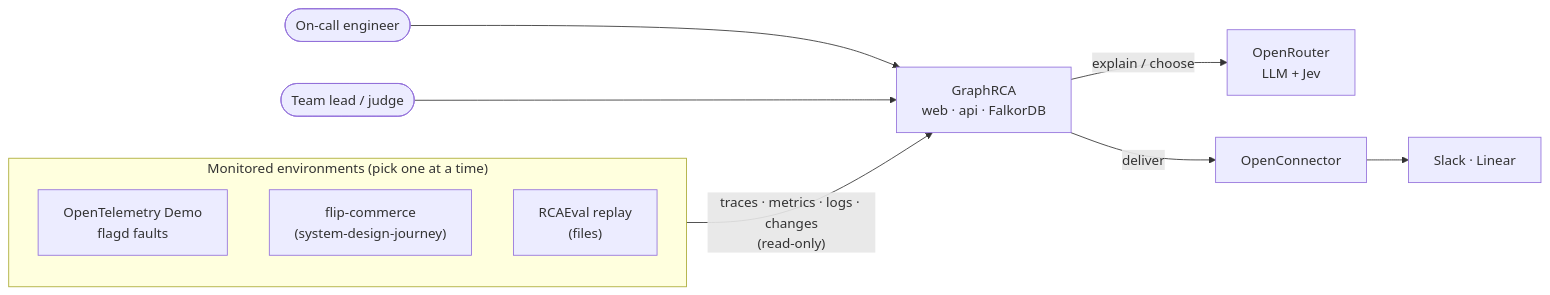
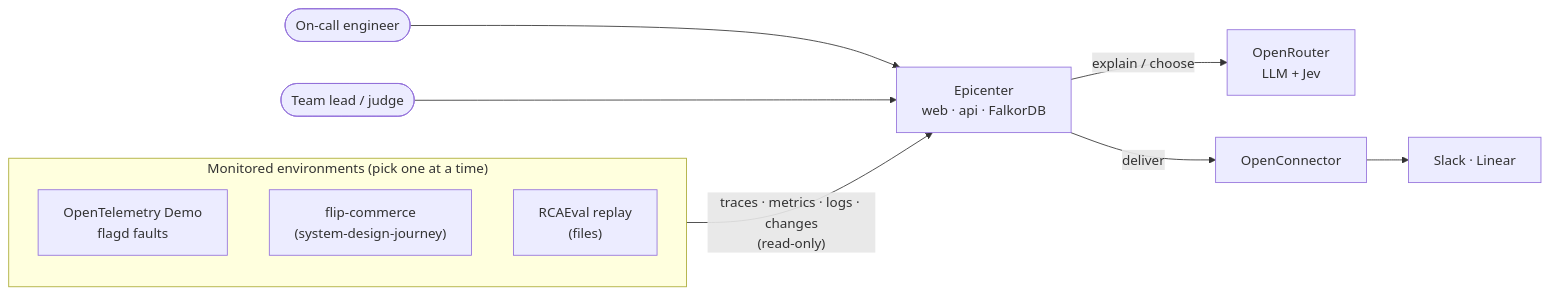
One commit to Prateek1771/epicenter changed the first of 2 diagrams in ARCHITECTURE.md. Above: the diagram before and after it, drawn with Mermaid. The commit also changed other lines of this file and 11 other files, not shown here.

````diff
--- a/ARCHITECTURE.md
+++ b/ARCHITECTURE.md
@@ -96,22 +96,22 @@
 ```mermaid
 flowchart LR
     SRE(["On-call engineer"])
     LEAD(["Team lead / judge"])
 
     subgraph ENVS["Monitored environments (pick one at a time)"]
         OTEL["OpenTelemetry Demo<br/>flagd faults"]
         FLIP["flip-commerce<br/>(system-design-journey)"]
         RCAE["RCAEval replay<br/>(files)"]
     end
 
-    GR["GraphRCA<br/>web · api · FalkorDB"]
+    GR["Epicenter<br/>web · api · FalkorDB"]
 
     OR["OpenRouter<br/>LLM + Jev"]
     OC["OpenConnector"]
     SLK["Slack · Linear"]
 
     SRE & LEAD --> GR
     ENVS -- "traces · metrics · logs · changes<br/>(read-only)" --> GR
     GR -- "explain / choose" --> OR
     GR -- "deliver" --> OC --> SLK
 ```
````
